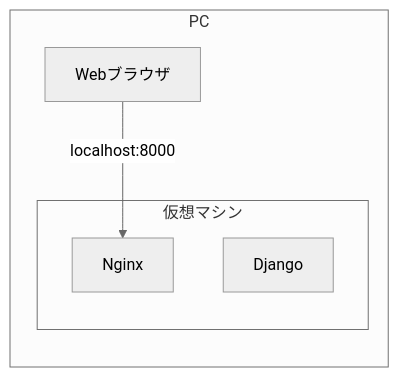
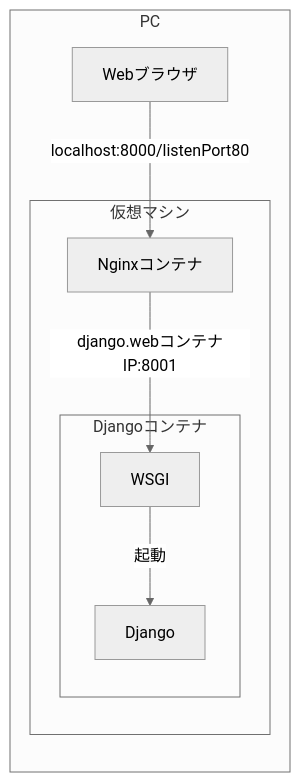
Before and after one commit to SasakiPeter/portfolio: the diagram in src/pages/blog/django_docker.md, drawn with Mermaid (neutral theme). The commit also changed other lines of this file and 1 other file, not shown here.

````diff
--- a/src/pages/blog/django_docker.md
+++ b/src/pages/blog/django_docker.md
@@ -22,10 +22,13 @@
 ```mermaid
 graph RL
 	subgraph PC
 		subgraph 仮想マシン
-			Nginx
-			Django
+			Nginxコンテナ--django.webコンテナIP:8001-->WSGI
+			subgraph Djangoコンテナ
+				Django
+				WSGI--起動-->Django
+			end
 		end
-		Webブラウザ--localhost:8000-->Nginx
+		Webブラウザ--localhost:8000/listenPort80-->Nginxコンテナ
 	end
 ```
````
